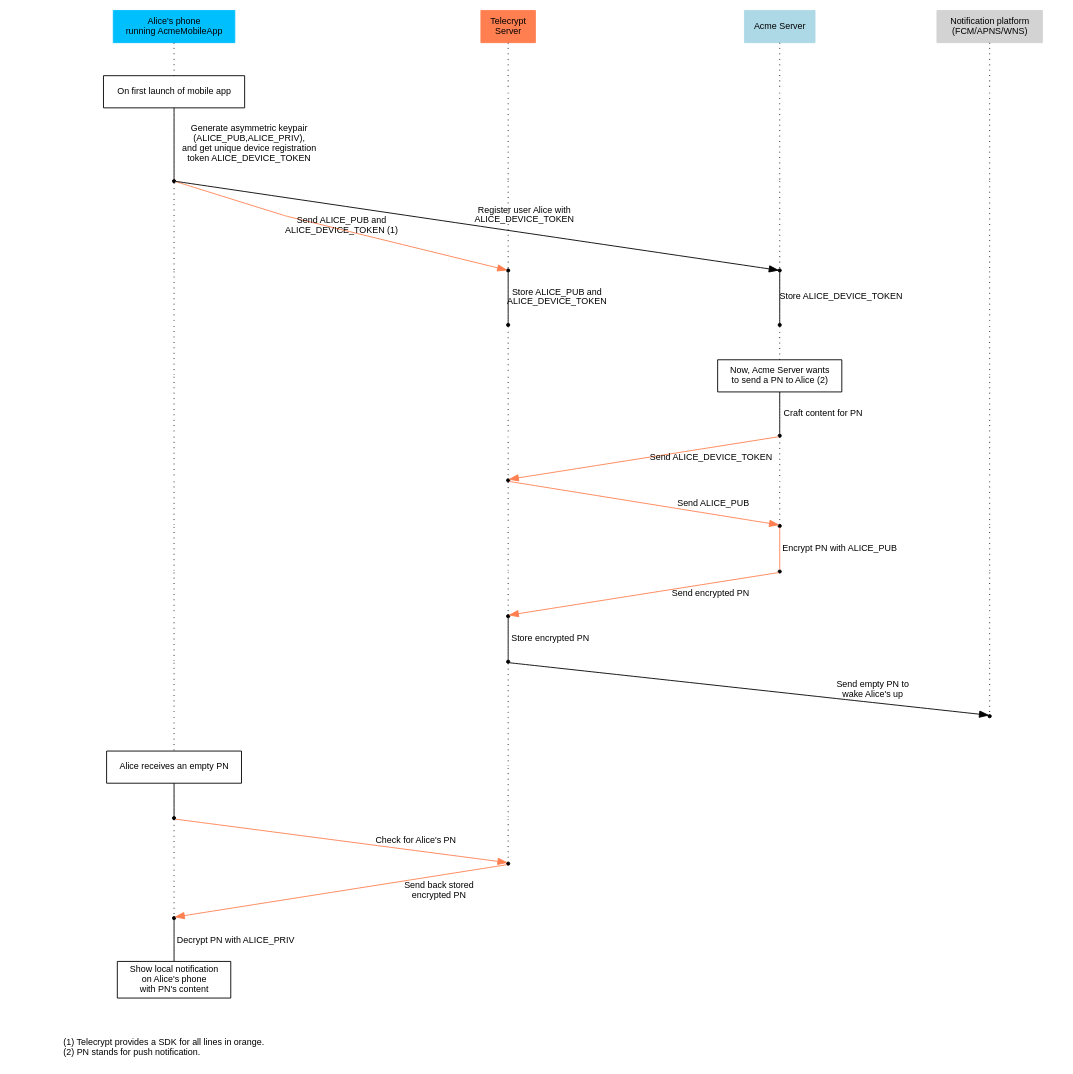
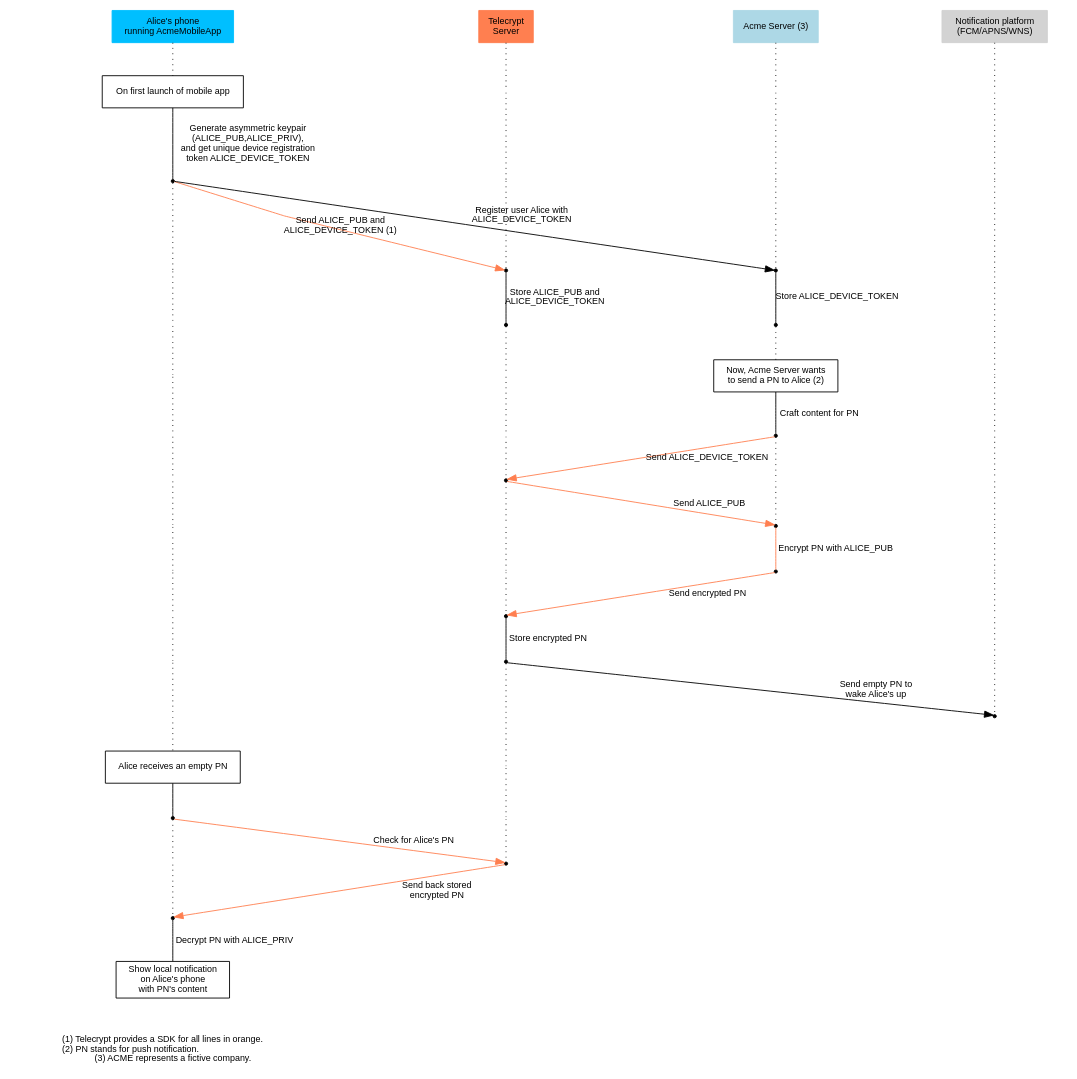
Before and after one commit to Telecrypt/spec: the diagram in flow_diagram.dot, drawn with Graphviz.

Commit message:
Update flow diagram

```diff
--- a/flow_diagram.dot
+++ b/flow_diagram.dot
@@ -1,72 +1,72 @@
 digraph ladder {
   ranksep="0.5"; nodesep="0.5"; splines="line"; ratio="1";
 
   node [shape=point fontsize=10 fontname="Helvetica"];
   edge [dir=none fontsize=10 fontname="Helvetica"];
 
   // Column labels
-  as [shape=Square label="Acme Server" style=filled color=lightblue];
+  as [shape=Square label="Acme Server (3)" style=filled color=lightblue];
   pp [shape=Square label="Telecrypt\nServer" style=filled color=coral];
 
   u [shape=Square label="Alice's phone\nrunning AcmeMobileApp" style=filled color=deepskyblue];
   fa [shape=Square label="Notification platform\n(FCM/APNS/WNS)" style=filled color=lightgray];
   
   // Draw the  column headings, no line
   { rank=same; edge[style=invis] u -> pp -> as -> fa }
 
   // Draw the columns
   u -> u1 [style=dotted weight=10];
   u2 -> u3  [style=dotted minlen=2 weight=10];
   u3 -> u4 -> u5 -> u6 -> u7 -> u8 -> u9 -> u10 -> u11 -> u12 -> u13 [style=dotted weight=10];
   u14 -> u15 -> u16 [style=dotted weight=10];
   pp -> pp1 -> pp2 [style=dotted weight=10];
   pp2 -> pp3 [style=dotted minlen=2 weight=10];
   pp4 -> pp5 -> pp6 -> pp7 -> pp8 -> pp9 -> pp10 [style=dotted weight=10];
   pp11 -> pp12 -> pp13 -> pp14 -> pp15 [style=dotted weight=10];
   as -> as1 -> as2[style=dotted weight=10];
   as2 -> as3 [style=dotted minlen=2 weight=10];
   as4 -> as5 [style=dotted weight=10];
   as6 -> as7 -> as8 [style=dotted weight=10];
   fa -> fa1 -> fa2 [style=dotted weight=10];
   fa2 -> fa3 [style=dotted minlen=2 weight=10];
   fa3 -> fa4 -> fa5 -> fa6 -> fa7 -> fa8 -> fa9 -> fa10 -> fa11 -> fa12 [style=dotted weight=10];
 
   // Hide unused points
   u3, u4, u5, u6, u7, u8, u9, u10, u11, u12, u15 [style=invis height=0];
   pp1, pp2, pp5, pp6, pp8, pp9, pp12, pp13, pp14 [style=invis height=0];
   as1, as2, as7 [style=invis height=0];
   fa1, fa2, fa3, fa4, fa5, fa6, fa7, fa8, fa9, fa10, fa11 [style=invis height=0];
 
   // Now each step in the ladder
   // 1st block
   u1 [shape=Square label="On first launch of mobile app"];
   u1 -> u2 [label="Generate asymmetric keypair\n (ALICE_PUB,ALICE_PRIV),\nand get unique device registration\ntoken ALICE_DEVICE_TOKEN" weight=10];
   u2 -> pp3 [dir=forward label="Send ALICE_PUB and\nALICE_DEVICE_TOKEN (1)" color=coral];
   u2 -> as3 [dir=forward xlabel="Register user Alice with\nALICE_DEVICE_TOKEN"];
   pp3 -> pp4 [label="Store ALICE_PUB and\nALICE_DEVICE_TOKEN" weight=10];
   as3 -> as4 [label="Store ALICE_DEVICE_TOKEN" weight=10];
   
   // 2nd block
   as5 [shape=Square label="Now, Acme Server wants\nto send a PN to Alice (2)"];
   as5 -> as6 [label="Craft content for PN" weight=10];
   as6 -> pp7 [dir=forward label="Send ALICE_DEVICE_TOKEN" color=coral];
   pp7 -> as8 [dir=forward label="Send ALICE_PUB" color=coral];
   as8 -> as9 [label="Encrypt PN with ALICE_PUB" weight=10 color=coral];
   as9 -> pp10 [dir=forward label="Send encrypted PN" color=coral];
   pp10 -> pp11 [label="Store encrypted PN" weight=10];
   pp11 -> fa12 [dir=forward label="Send empty PN to\nwake Alice's up"];
   
   // 3rd block
   u13 [shape=Square label="Alice receives an empty PN"];
   u13 -> u14 [weight=10];
   u14 -> pp15 [dir=forward label="Check for Alice's PN" color=coral];
   pp15 -> u16 [dir=forward label="Send back stored\nencrypted PN" color=coral];
   u16 -> u17 [label="Decrypt PN with ALICE_PRIV" weight=10];
   u17 [shape=Square label="Show local notification\non Alice's phone\nwith PN's content"];
 
   // Add empty space at the bottom before legend
   u17 -> legend [style=invis weight=10];
 
   // Legend
-  { legend [shape=plaintext label="(1) Telecrypt provides a SDK for all lines in orange.\l(2) PN stands for push notification. \l"] }
+  { legend [shape=plaintext label="(1) Telecrypt provides a SDK for all lines in orange.\l(2) PN stands for push notification. \l(3) ACME represents a fictive company."] }
 }
```
